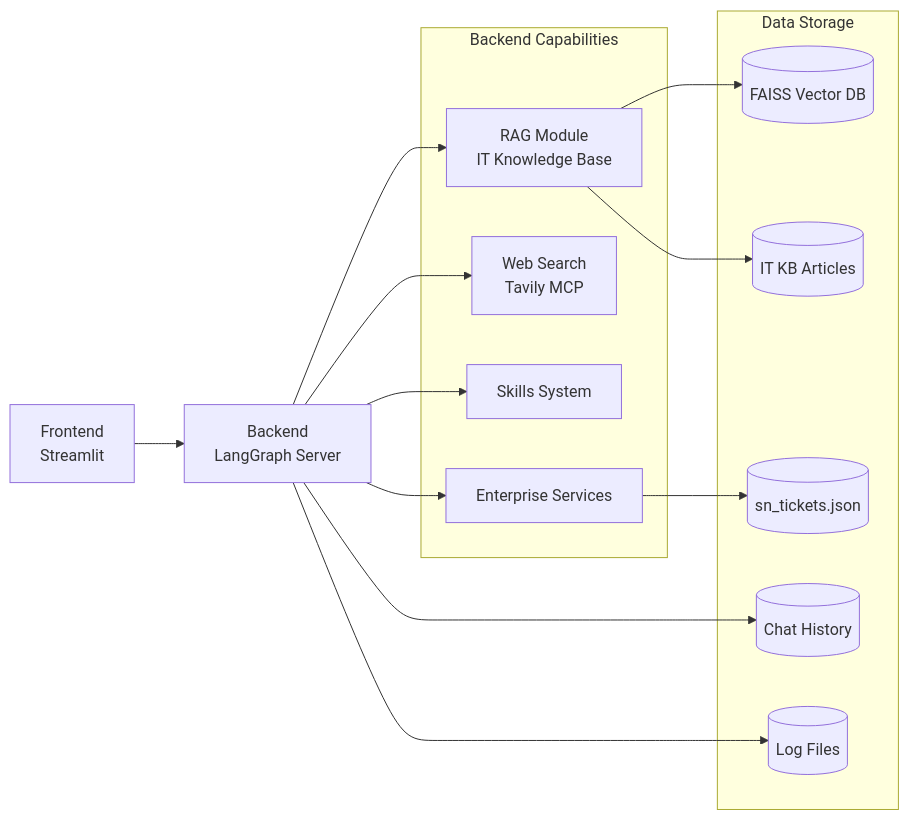
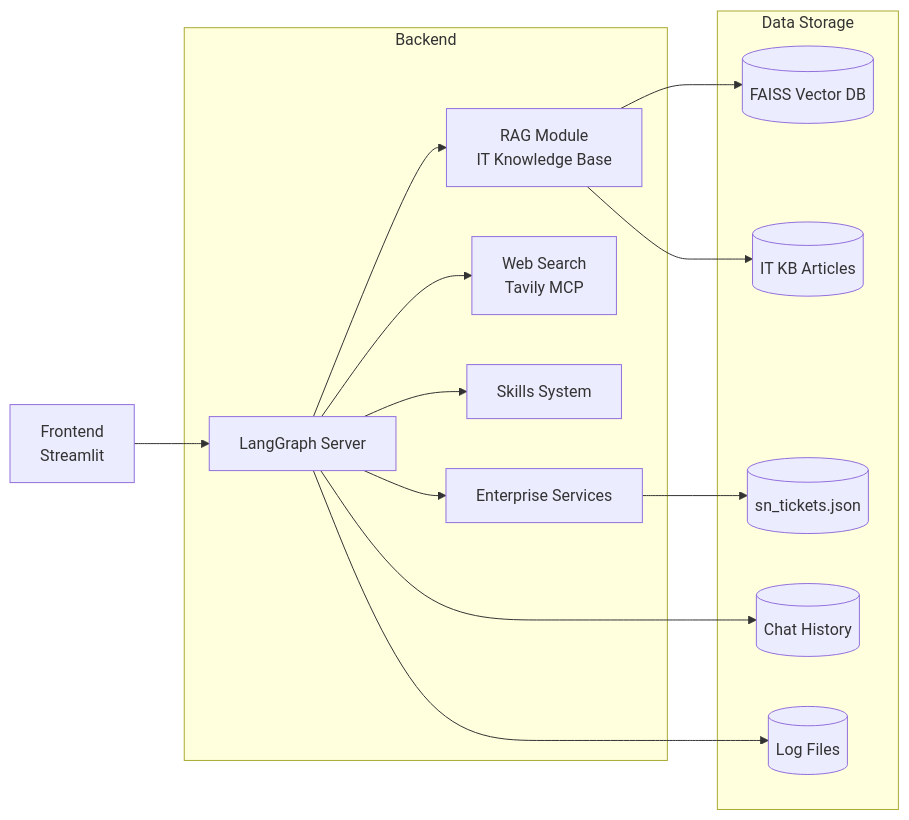
One commit to yongkui/project-aero changed the diagram in PROJECT_DESCRIPTION.md. Above: the diagram before and after it, drawn with Mermaid.

Commit message:
docs: Add Frontend subgraph box to architecture diagram

````diff
--- a/PROJECT_DESCRIPTION.md
+++ b/PROJECT_DESCRIPTION.md
@@ -26,29 +26,31 @@
 ```mermaid
 graph LR
-    A[Frontend\nStreamlit] --> B[Backend\nLangGraph Server]
+    A[Frontend\nStreamlit]
     
-    subgraph Backend Capabilities
+    subgraph Backend
+        B[LangGraph Server]
         C[RAG Module\nIT Knowledge Base]
         D[Web Search\nTavily MCP]
         E[Skills System]
         F[Enterprise Services]
     end
     
     subgraph Data Storage
         G[(FAISS Vector DB)]
         H[(IT KB Articles)]
         I[(sn_tickets.json)]
         J[(Chat History)]
         K[(Log Files)]
     end
     
+    A --> B
     B --> C
     B --> D
     B --> E
     B --> F
     C --> G
     C --> H
     F --> I
     B --> J
     B --> K
 ```
````
